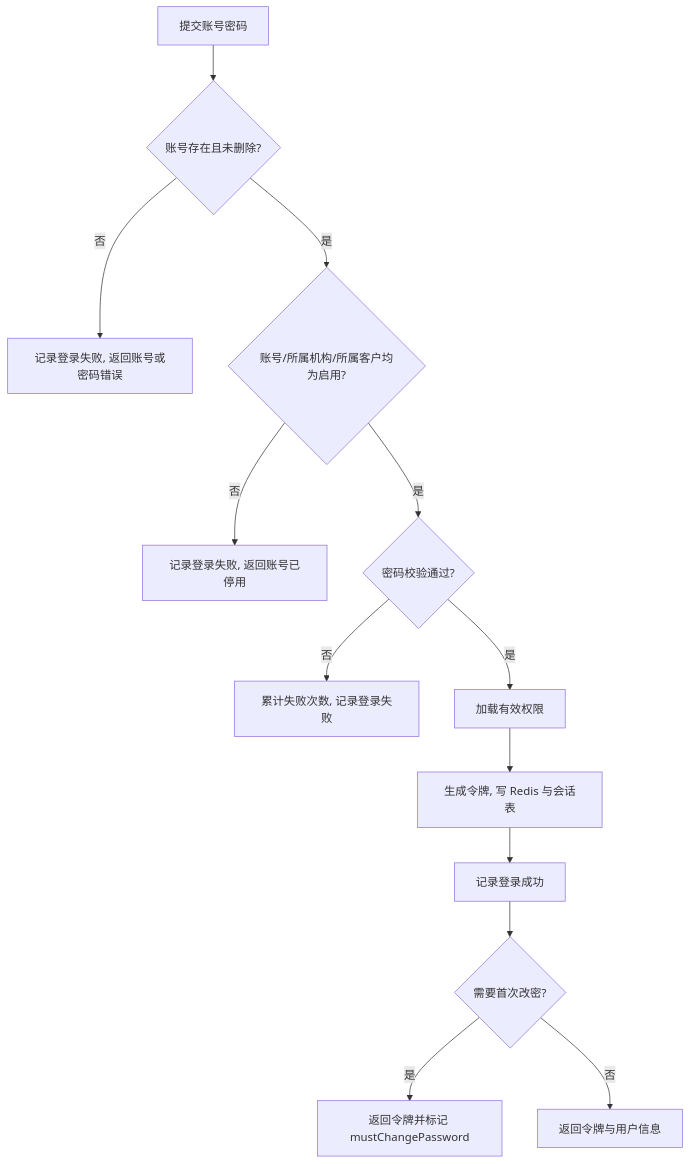
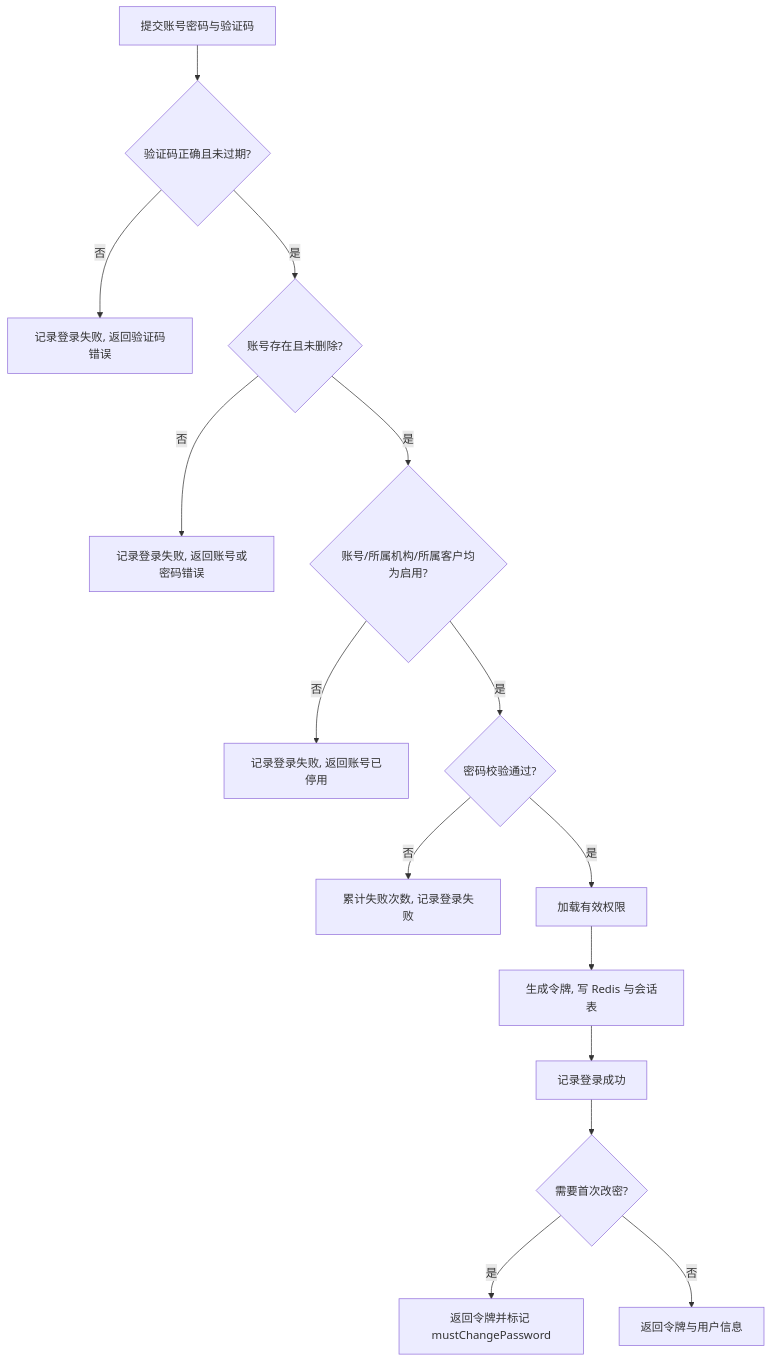
One commit to fangjinyu2024-afk/tms-project changed the fifth of 11 diagrams in docs/TMS-详细设计.md. Above: the diagram before and after it, drawn with Mermaid. The commit also changed other lines of this file and 2 other files, not shown here.

First line of the commit message:
docs: 同步图形验证码的设计与技术选型

````diff
--- a/docs/TMS-详细设计.md
+++ b/docs/TMS-详细设计.md
@@ -304,15 +305,17 @@
 ```mermaid
 flowchart TD
-    A[提交账号密码] --> B{账号存在且未删除?}
+    A[提交账号密码与验证码] --> A1{验证码正确且未过期?}
+    A1 -- 否 --> F0[记录登录失败, 返回验证码错误]
+    A1 -- 是 --> B{账号存在且未删除?}
     B -- 否 --> F[记录登录失败, 返回账号或密码错误]
     B -- 是 --> C{账号/所属机构/所属客户均为启用?}
     C -- 否 --> F2[记录登录失败, 返回账号已停用]
     C -- 是 --> D{密码校验通过?}
     D -- 否 --> F3[累计失败次数, 记录登录失败]
     D -- 是 --> E[加载有效权限]
     E --> G[生成令牌, 写 Redis 与会话表]
     G --> H[记录登录成功]
     H --> I{需要首次改密?}
     I -- 是 --> J[返回令牌并标记 mustChangePassword]
     I -- 否 --> K[返回令牌与用户信息]
 ```
````
